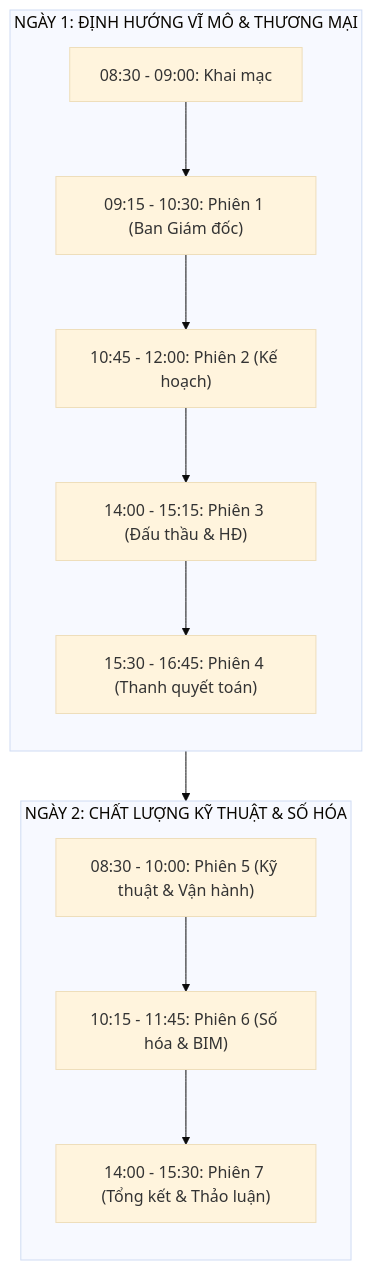
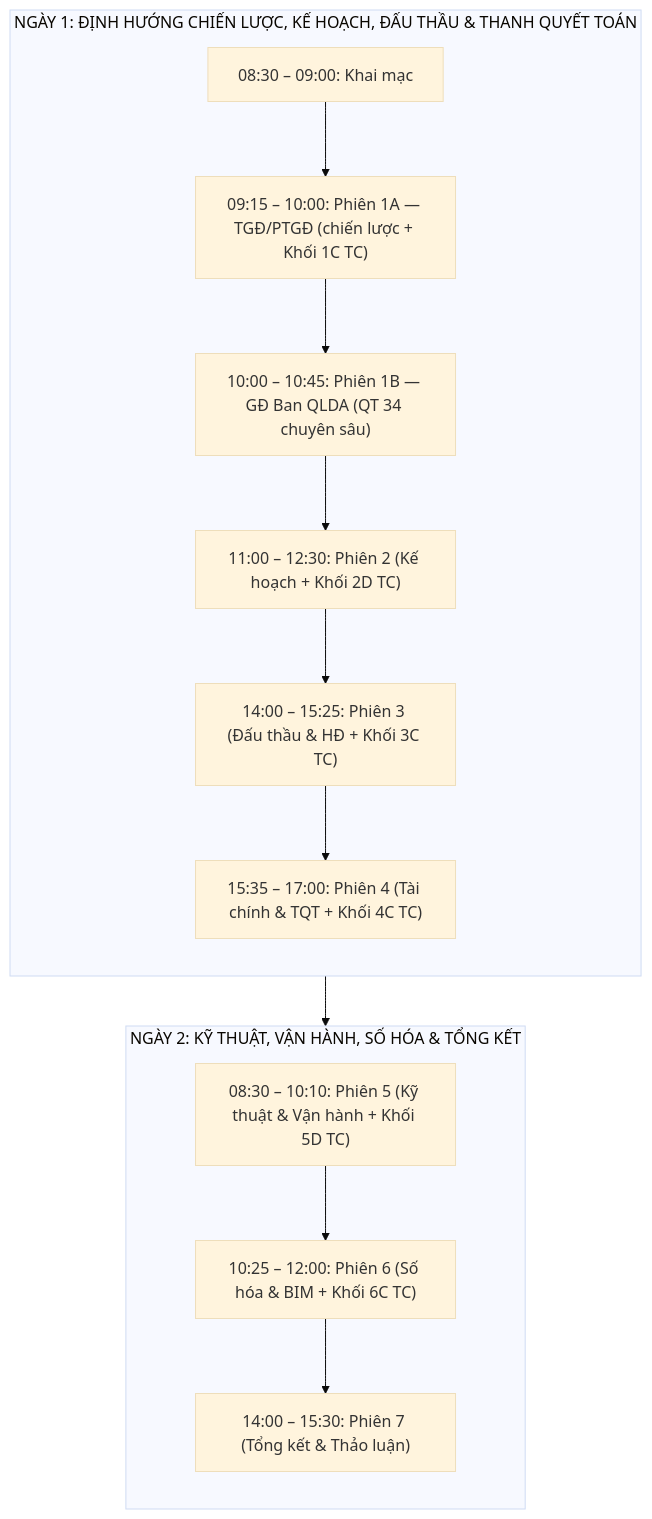
The first of 2 diagrams in 04_KeHoach_BoCauHoi_KhaoSat/KichBan_ChiTiet_KhaoSat_ThucDia_2Ngay.md (appdev-cmd/cic-vicem), drawn with Mermaid (base theme) before and after one commit. The commit also changed other lines of this file and 4 other files, not shown here.

Commit message:
Cập nhật phân loại 32 dự án và chuẩn hóa danh sách phòng ban khảo sát VICEM Hà Tiên

````diff
--- a/04_KeHoach_BoCauHoi_KhaoSat/KichBan_ChiTiet_KhaoSat_ThucDia_2Ngay.md
+++ b/04_KeHoach_BoCauHoi_KhaoSat/KichBan_ChiTiet_KhaoSat_ThucDia_2Ngay.md
@@ -33,18 +33,19 @@
 ```mermaid
 flowchart TD
-    subgraph Day1 ["NGÀY 1: ĐỊNH HƯỚNG VĨ MÔ & THƯƠNG MẠI"]
+    subgraph Day1 ["NGÀY 1: ĐỊNH HƯỚNG CHIẾN LƯỢC, KẾ HOẠCH, ĐẤU THẦU & THANH QUYẾT TOÁN"]
         direction TB
-        d1_km["08:30 - 09:00: Khai mạc"] --> d1_p1["09:15 - 10:30: Phiên 1 (Ban Giám đốc)"]
-        d1_p1 --> d1_p2["10:45 - 12:00: Phiên 2 (Kế hoạch)"]
-        d1_p2 --> d1_p3["14:00 - 15:15: Phiên 3 (Đấu thầu & HĐ)"]
-        d1_p3 --> d1_p4["15:30 - 16:45: Phiên 4 (Thanh quyết toán)"]
+        d1_km["08:30 – 09:00: Khai mạc"] --> d1_p1a["09:15 – 10:00: Phiên 1A — TGĐ/PTGĐ (chiến lược + Khối 1C TC)"]
+        d1_p1a --> d1_p1b["10:00 – 10:45: Phiên 1B — GĐ Ban QLDA (QT 34 chuyên sâu)"]
+        d1_p1b --> d1_p2["11:00 – 12:30: Phiên 2 (Kế hoạch + Khối 2D TC)"]
+        d1_p2 --> d1_p3["14:00 – 15:25: Phiên 3 (Đấu thầu & HĐ + Khối 3C TC)"]
+        d1_p3 --> d1_p4["15:35 – 17:00: Phiên 4 (Tài chính & TQT + Khối 4C TC)"]
     end
 
-    subgraph Day2 ["NGÀY 2: CHẤT LƯỢNG KỸ THUẬT & SỐ HÓA"]
+    subgraph Day2 ["NGÀY 2: KỸ THUẬT, VẬN HÀNH, SỐ HÓA & TỔNG KẾT"]
         direction TB
-        d2_p5["08:30 - 10:00: Phiên 5 (Kỹ thuật & Vận hành)"] --> d2_p6["10:15 - 11:45: Phiên 6 (Số hóa & BIM)"]
-        d2_p6 --> d2_p7["14:00 - 15:30: Phiên 7 (Tổng kết & Thảo luận)"]
+        d2_p5["08:30 – 10:10: Phiên 5 (Kỹ thuật & Vận hành + Khối 5D TC)"] --> d2_p6["10:25 – 12:00: Phiên 6 (Số hóa & BIM + Khối 6C TC)"]
+        d2_p6 --> d2_p7["14:00 – 15:30: Phiên 7 (Tổng kết & Thảo luận)"]
     end
 
     Day1 --> Day2
 ```
````
